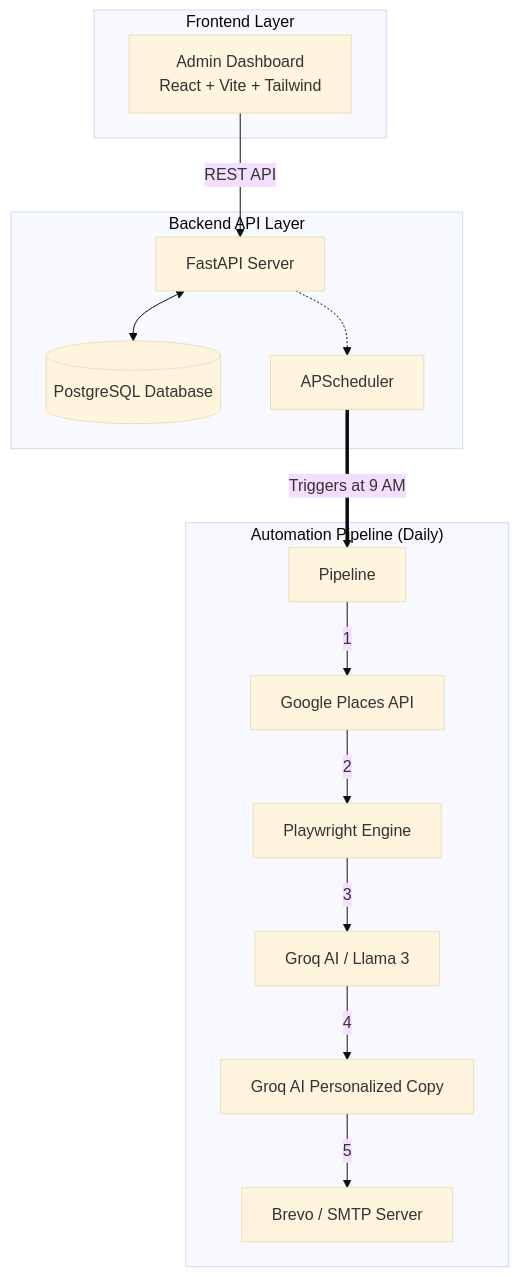
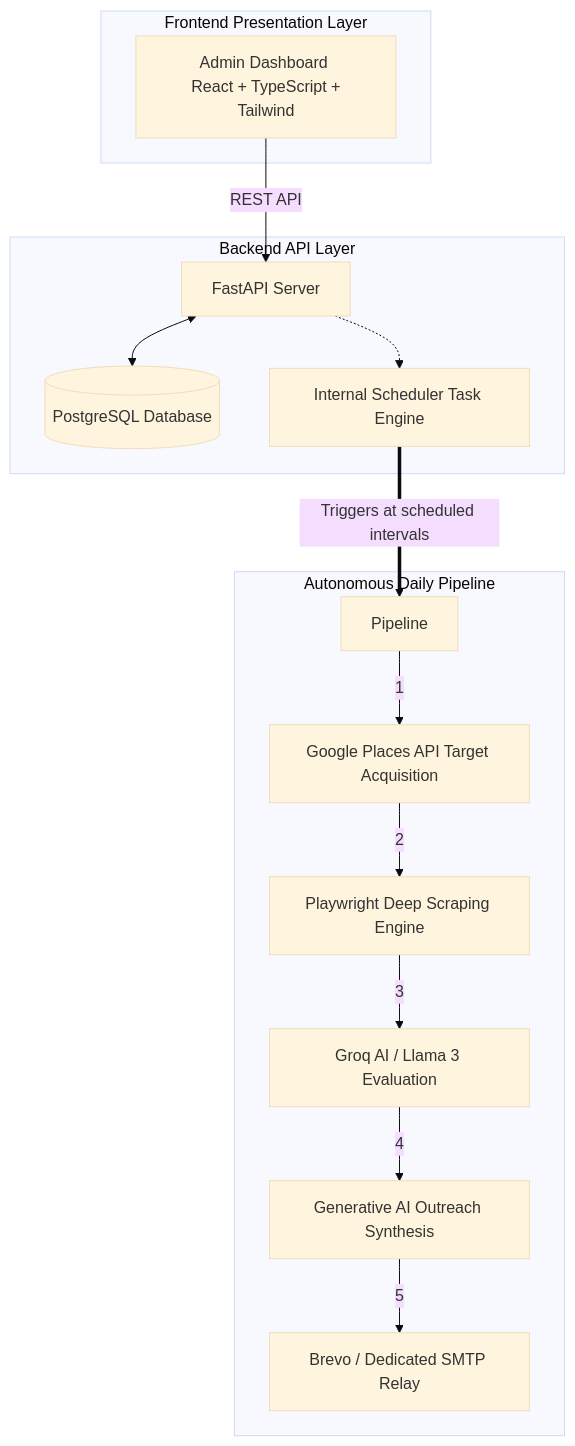
The diagram in README.md (colddsam/coldscout), drawn with Mermaid (base theme) before and after one commit. The commit also changed other lines of this file and 56 other files, not shown here.

````diff
--- a/README.md
+++ b/README.md
@@ -50,21 +67,21 @@
 ```mermaid
 graph TD;
-    subgraph "Frontend Layer"
-        UI[Admin Dashboard <br> React + Vite + Tailwind] 
+    subgraph "Frontend Presentation Layer"
+        UI[Admin Dashboard <br> React + TypeScript + Tailwind] 
     end
 
     subgraph "Backend API Layer"
         UI -- REST API --> API[FastAPI Server]
         API <--> DB[(PostgreSQL Database)]
-        API -.-> Cron[APScheduler]
+        API -.-> Cron[Internal Scheduler Task Engine]
     end
 
-    subgraph "Automation Pipeline (Daily)"
-        Cron ==> |Triggers at 9 AM| Pipeline
-        Pipeline --> |1| Search[Google Places API]
-        Search --> |2| Scrape[Playwright Engine]
-        Scrape --> |3| Qualify[Groq AI / Llama 3]
-        Qualify --> |4| Email[Groq AI Personalized Copy]
-        Email --> |5| SMTP[Brevo / SMTP Server]
+    subgraph "Autonomous Daily Pipeline"
+        Cron ==> |Triggers at scheduled intervals| Pipeline
+        Pipeline --> |1| Search[Google Places API Target Acquisition]
+        Search --> |2| Scrape[Playwright Deep Scraping Engine]
+        Scrape --> |3| Qualify[Groq AI / Llama 3 Evaluation]
+        Qualify --> |4| Email[Generative AI Outreach Synthesis]
+        Email --> |5| SMTP[Brevo / Dedicated SMTP Relay]
     end
 ```
````
